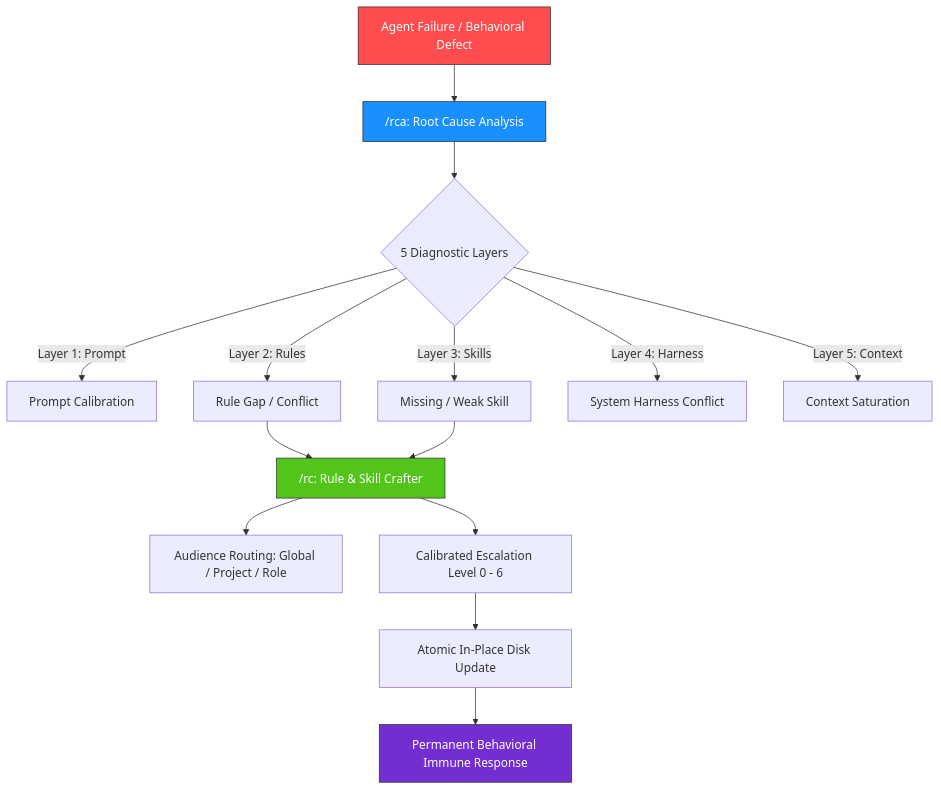
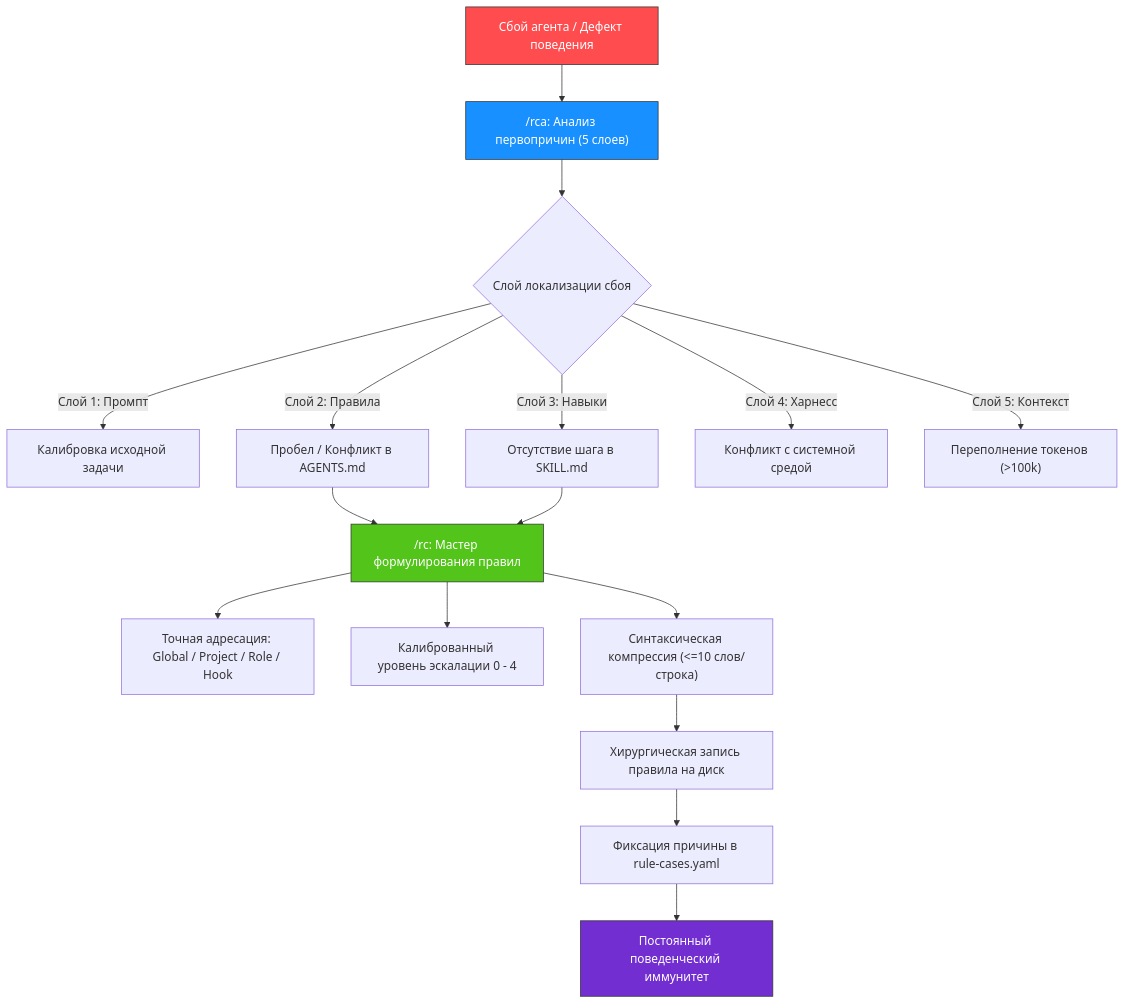
Before and after one commit to SpIvanM/golden-skills: the diagram in README.md, drawn with Mermaid. The commit also changed other lines of this file and 21 other files, not shown here.

Commit message:
feat: add COMPARISON_ANTHROPIC, .gitignore, and update golden skills (rc, rca, human-requirements)

````diff
--- a/README.md
+++ b/README.md
@@ -34,21 +38,23 @@
 ```mermaid
 flowchart TD
-    A["Agent Failure / Behavioral Defect"] --> B["/rca: Root Cause Analysis"]
-    B --> C{"5 Diagnostic Layers"}
-    C -->|Layer 1: Prompt| D["Prompt Calibration"]
-    C -->|Layer 2: Rules| E["Rule Gap / Conflict"]
-    C -->|Layer 3: Skills| F["Missing / Weak Skill"]
-    C -->|Layer 4: Harness| G["System Harness Conflict"]
-    C -->|Layer 5: Context| H["Context Saturation"]
+    A["Сбой агента / Дефект поведения"] --> B["/rca: Анализ первопричин (5 слоев)"]
+    B --> C{"Слой локализации сбоя"}
+    C -->|Слой 1: Промпт| D["Калибровка исходной задачи"]
+    C -->|Слой 2: Правила| E["Пробел / Конфликт в AGENTS.md"]
+    C -->|Слой 3: Навыки| F["Отсутствие шага в SKILL.md"]
+    C -->|Слой 4: Харнесс| G["Конфликт с системной средой"]
+    C -->|Слой 5: Контекст| H["Переполнение токенов (>100k)"]
     
-    E & F --> I["/rc: Rule & Skill Crafter"]
-    I --> J["Audience Routing: Global / Project / Role"]
-    I --> K["Calibrated Escalation Level 0 - 6"]
-    K --> L["Atomic In-Place Disk Update"]
-    L --> M["Permanent Behavioral Immune Response"]
+    E & F --> I["/rc: Мастер формулирования правил"]
+    I --> J["Точная адресация: Global / Project / Role / Hook"]
+    I --> K["Калиброванный уровень эскалации 0 - 4"]
+    I --> L["Синтаксическая компрессия (<=10 слов/строка)"]
+    L --> M["Хирургическая запись правила на диск"]
+    M --> N["Фиксация причины в rule-cases.yaml"]
+    N --> O["Постоянный поведенческий иммунитет"]
 
     style A fill:#ff4d4f,stroke:#333,stroke-width:1px,color:#fff
     style B fill:#1890ff,stroke:#333,stroke-width:1px,color:#fff
     style I fill:#52c41a,stroke:#333,stroke-width:1px,color:#fff
-    style M fill:#722ed1,stroke:#333,stroke-width:1px,color:#fff
+    style O fill:#722ed1,stroke:#333,stroke-width:1px,color:#fff
 ```
````
